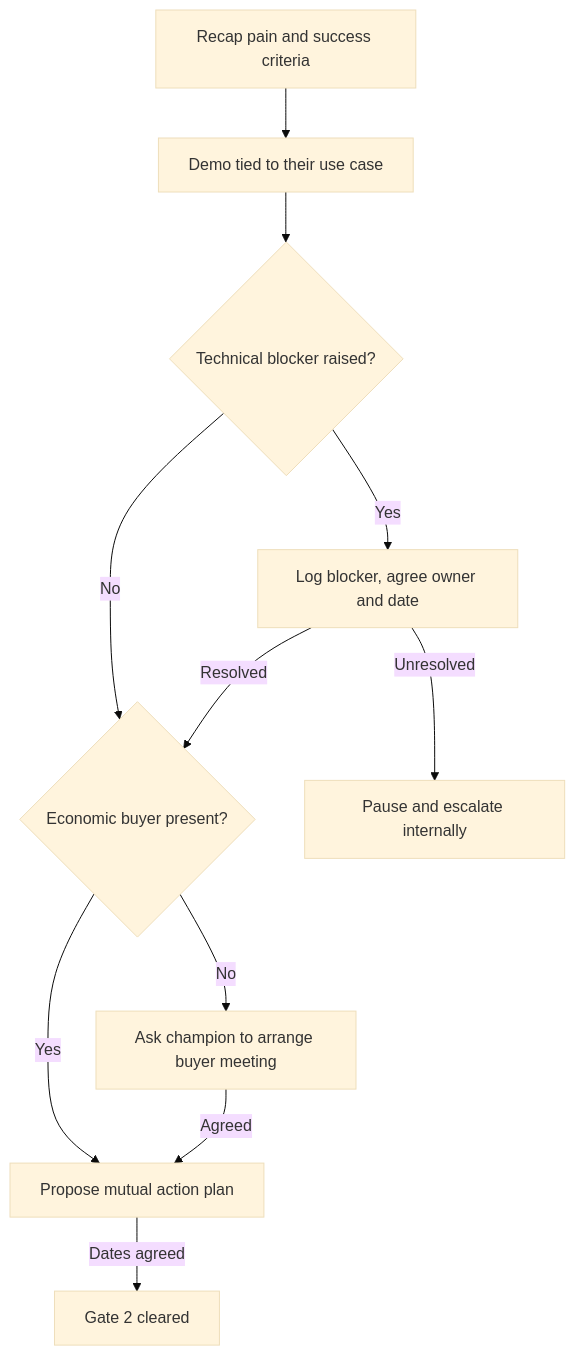
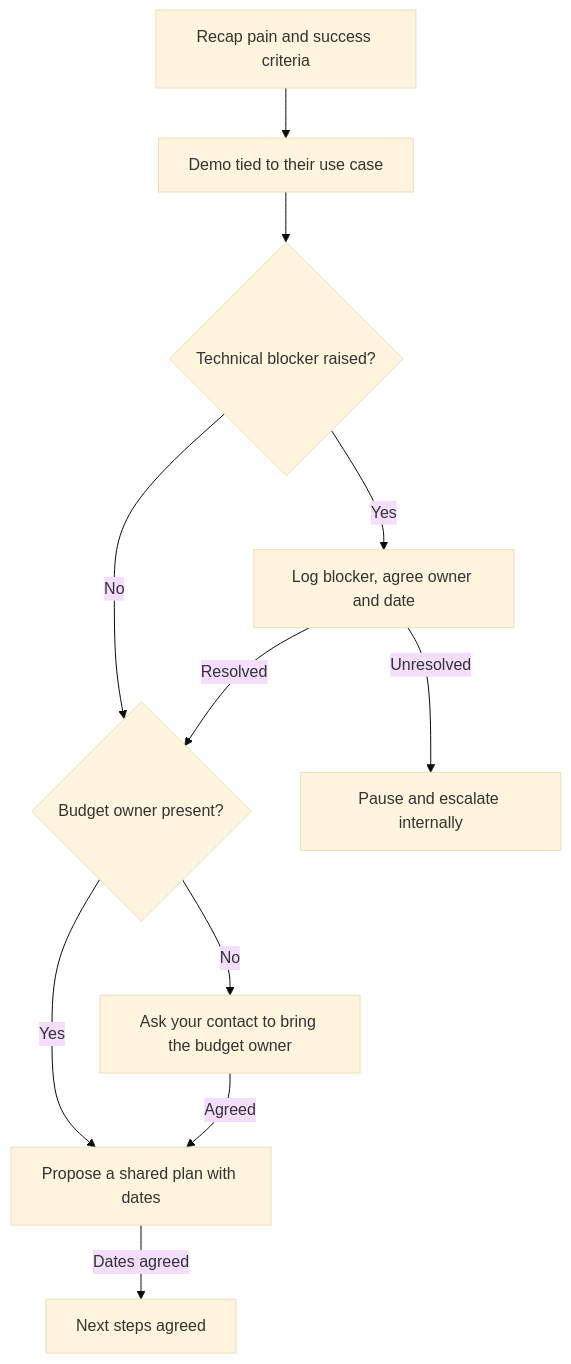
The diagram in templates/areas/sales/plays/demo-call.md (CarlosLeonCode/clc-copilot-brain), drawn with Mermaid (base theme) before and after one commit. The commit also changed other lines of this file and 4 other files, not shown here.

````diff
--- a/templates/areas/sales/plays/demo-call.md
+++ b/templates/areas/sales/plays/demo-call.md
@@ -16,13 +16,13 @@
 ```mermaid
 flowchart TD
     B1["Recap pain and success criteria"] --> B2["Demo tied to their use case"]
     B2 --> B3{"Technical blocker raised?"}
-    B3 -->|"No"| B4{"Economic buyer present?"}
+    B3 -->|"No"| B4{"Budget owner present?"}
     B3 -->|"Yes"| B5["Log blocker, agree owner and date"]
     B5 -->|"Resolved"| B4
     B5 -->|"Unresolved"| B7["Pause and escalate internally"]
-    B4 -->|"Yes"| B6["Propose mutual action plan"]
-    B4 -->|"No"| B8["Ask champion to arrange buyer meeting"]
+    B4 -->|"Yes"| B6["Propose a shared plan with dates"]
+    B4 -->|"No"| B8["Ask your contact to bring the budget owner"]
     B8 -->|"Agreed"| B6
-    B6 -->|"Dates agreed"| B9["Gate 2 cleared"]
+    B6 -->|"Dates agreed"| B9["Next steps agreed"]
 ```
````
